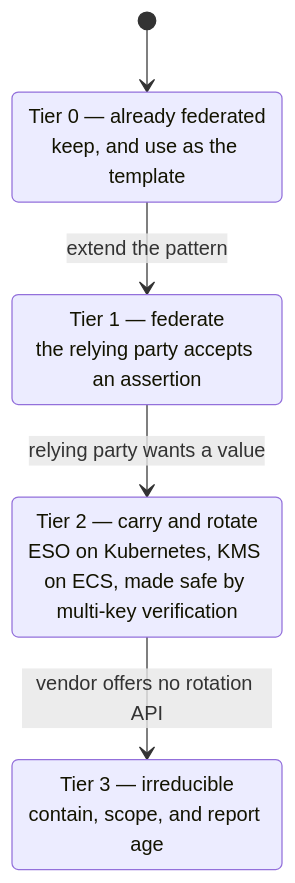
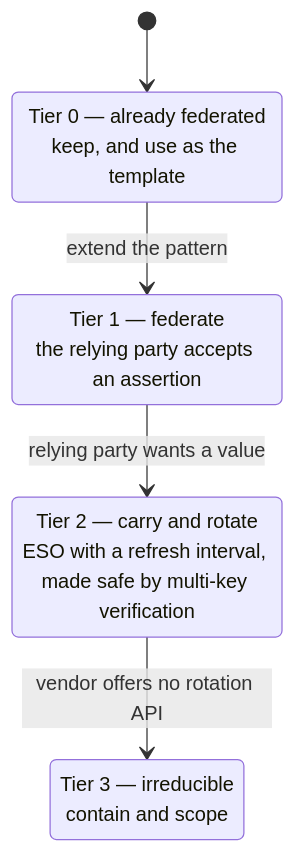
One commit to agentsky/qm changed the second of 5 diagrams in docs/secretless.md. Above: the diagram before and after it, drawn with Mermaid. The commit also changed other lines of this file and 421 other files, not shown here.

````diff
--- a/docs/secretless.md
+++ b/docs/secretless.md
@@ -268,11 +234,11 @@
 ```mermaid
 stateDiagram-v2
   [*] --> T0
   T0: Tier 0 — already federated<br/>keep, and use as the template
   T1: Tier 1 — federate<br/>the relying party accepts an assertion
-  T2: Tier 2 — carry and rotate<br/>ESO on Kubernetes, KMS on ECS, made safe by multi-key verification
-  T3: Tier 3 — irreducible<br/>contain, scope, and report age
+  T2: Tier 2 — carry and rotate<br/>ESO with a refresh interval, made safe by multi-key verification
+  T3: Tier 3 — irreducible<br/>contain and scope
   T0 --> T1: extend the pattern
   T1 --> T2: relying party wants a value
   T2 --> T3: vendor offers no rotation API
 ```
````
